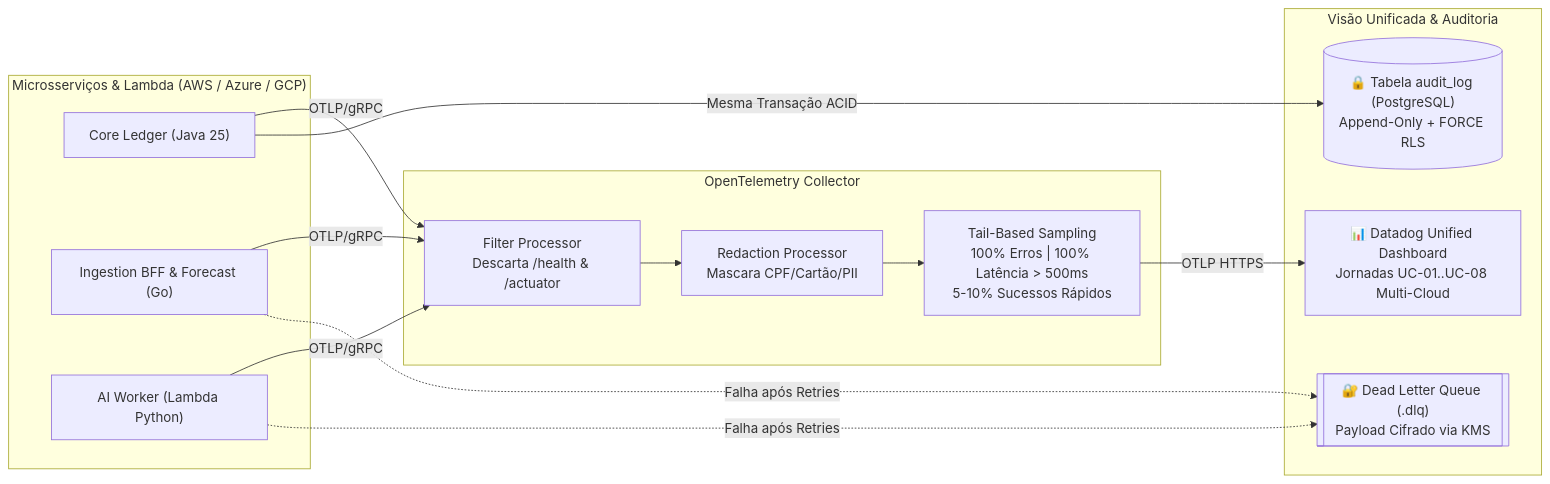
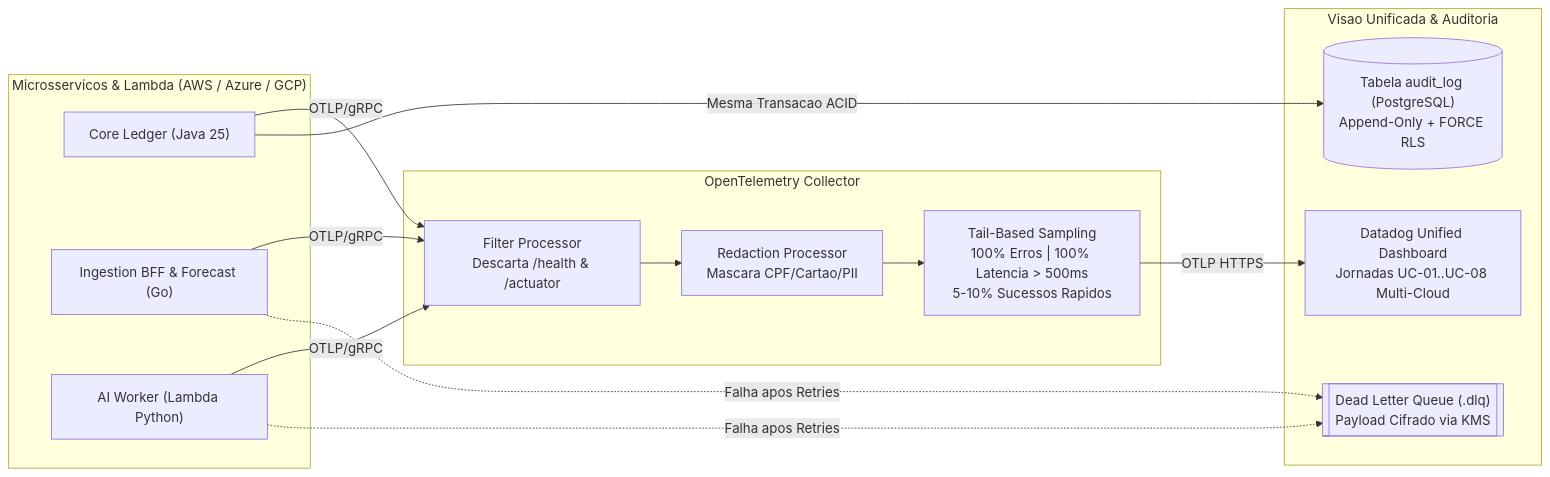
One commit to Sorobanerp/pfm-docs changed the fourth of 4 diagrams in docs/architecture/flows.md. Above: the diagram before and after it, drawn with Mermaid. The commit also changed other lines of this file and 28 other files, not shown here.

````diff
--- a/docs/architecture/flows.md
+++ b/docs/architecture/flows.md
@@ -172,24 +172,24 @@
 ```mermaid
 flowchart LR
-    subgraph Services["Microsserviços & Lambda (AWS / Azure / GCP)"]
+    subgraph Services["Microsservicos & Lambda (AWS / Azure / GCP)"]
         S1["Core Ledger (Java 25)"]
         S2["Ingestion BFF & Forecast (Go)"]
         S3["AI Worker (Lambda Python)"]
     end
 
     subgraph OTel["OpenTelemetry Collector"]
         FILT["Filter Processor<br/>Descarta /health & /actuator"]
-        RED["Redaction Processor<br/>Mascara CPF/Cartão/PII"]
-        TAIL["Tail-Based Sampling<br/>100% Erros | 100% Latência > 500ms<br/>5-10% Sucessos Rápidos"]
+        RED["Redaction Processor<br/>Mascara CPF/Cartao/PII"]
+        TAIL["Tail-Based Sampling<br/>100% Erros | 100% Latencia > 500ms<br/>5-10% Sucessos Rapidos"]
     end
 
-    subgraph Governance["Visão Unificada & Auditoria"]
-        DD["📊 Datadog Unified Dashboard<br/>Jornadas UC-01..UC-08 Multi-Cloud"]
-        AUDIT[("🔒 Tabela audit_log (PostgreSQL)<br/>Append-Only + FORCE RLS")]
-        DLQ[["🔐 Dead Letter Queue (.dlq)<br/>Payload Cifrado via KMS"]]
+    subgraph Governance["Visao Unificada & Auditoria"]
+        DD[" Datadog Unified Dashboard<br/>Jornadas UC-01..UC-08 Multi-Cloud"]
+        AUDIT[(" Tabela audit_log (PostgreSQL)<br/>Append-Only + FORCE RLS")]
+        DLQ[[" Dead Letter Queue (.dlq)<br/>Payload Cifrado via KMS"]]
     end
 
     S1 & S2 & S3 -->|"OTLP/gRPC"| FILT --> RED --> TAIL -->|"OTLP HTTPS"| DD
-    S1 -->|"Mesma Transação ACID"| AUDIT
-    S2 & S3 -.->|"Falha após Retries"| DLQ
+    S1 -->|"Mesma Transacao ACID"| AUDIT
+    S2 & S3 -.->|"Falha apos Retries"| DLQ
 ```
````
